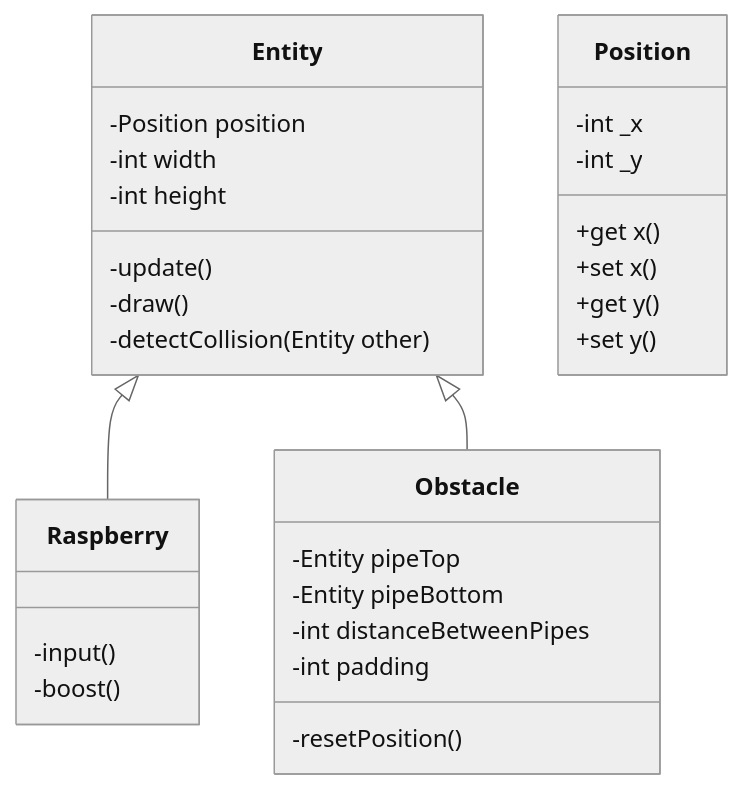
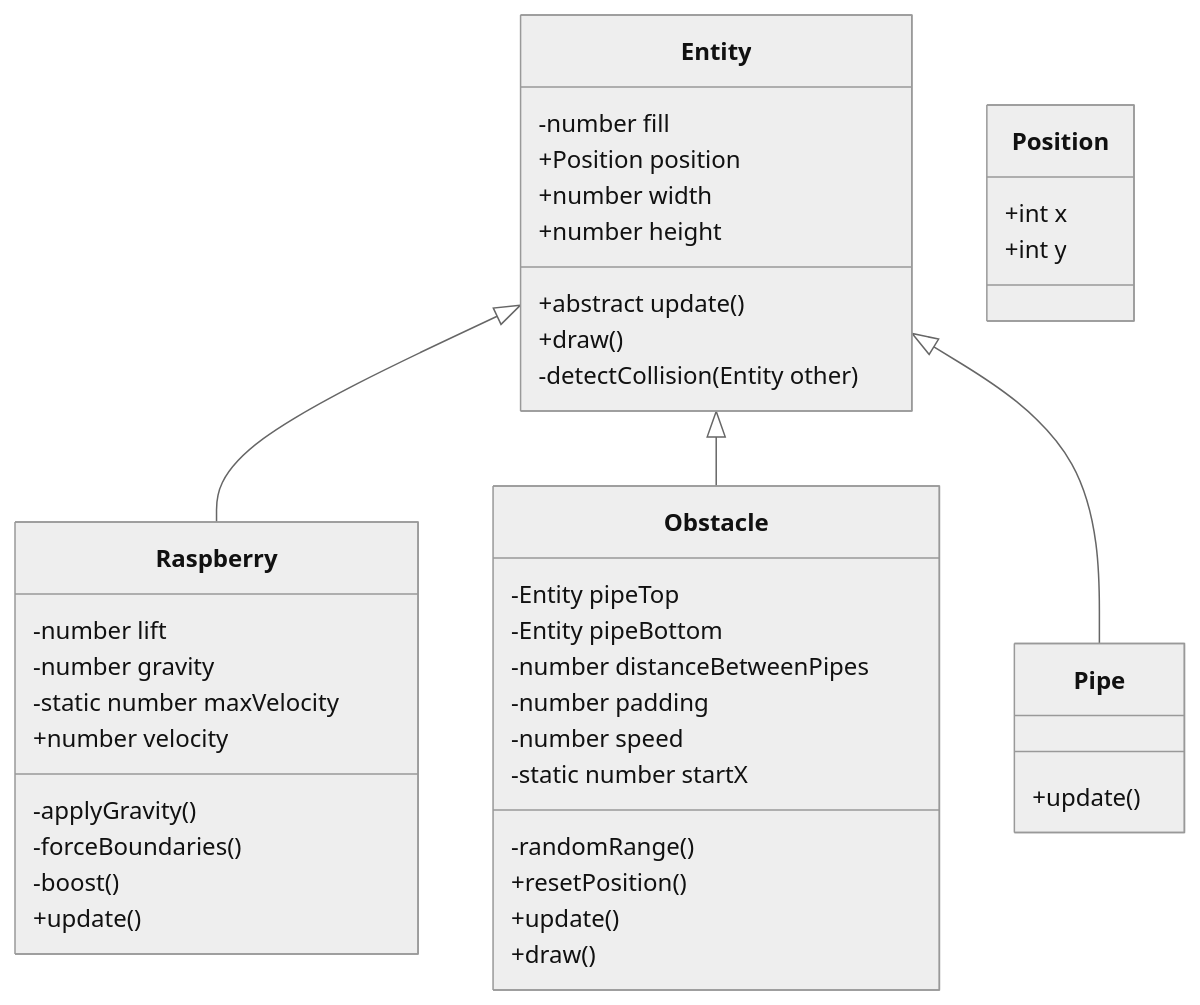
One commit to s-prechtl/RaspberryRocketeer changed the diagram in frontend/README.md. Above: the diagram before and after it, drawn with Mermaid (neutral theme). The commit also changed 5 other files, not shown here.

Commit message:
Formatted files, added types and updated class diagram

````diff
--- a/frontend/README.md
+++ b/frontend/README.md
@@ -1,33 +1,48 @@
 ```mermaid
 classDiagram
 Entity <|-- Raspberry
 Entity <|-- Obstacle
-Entity: -Position position
-Entity: -int width
-Entity: -int height
-Entity: -update()
-Entity: -draw()
+Entity <|-- Pipe
+Entity: -number fill
+Entity: +Position position
+Entity: +number width
+Entity: +number height
+Entity: +abstract update()
+Entity: +draw()
 Entity: -detectCollision(Entity other)
+
 class Raspberry{
--input()
+-number lift
+-number gravity
+-static number maxVelocity
++number velocity
+
+-applyGravity()
+-forceBoundaries()
 -boost()
++update()
 }
 
 class Obstacle{
 -Entity pipeTop
 -Entity pipeBottom
--int distanceBetweenPipes
--int padding
--resetPosition()
+-number distanceBetweenPipes
+-number padding
+-number speed
+-static number startX
+
+-randomRange()
++resetPosition()
++update()
++draw()
+}
+
+class Pipe {
++update()
 }
 
 class Position{
--int _x
--int _y
-
-+get x()
-+set x()
-+get y()
-+set y()
++int x
++int y
 }
 ```
````
